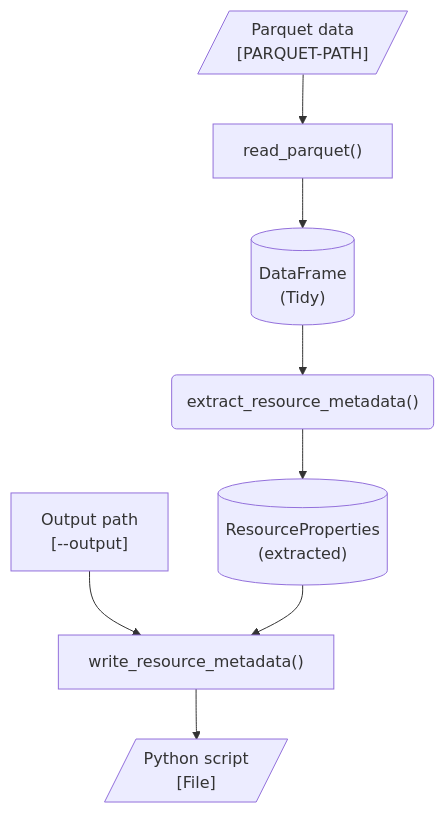
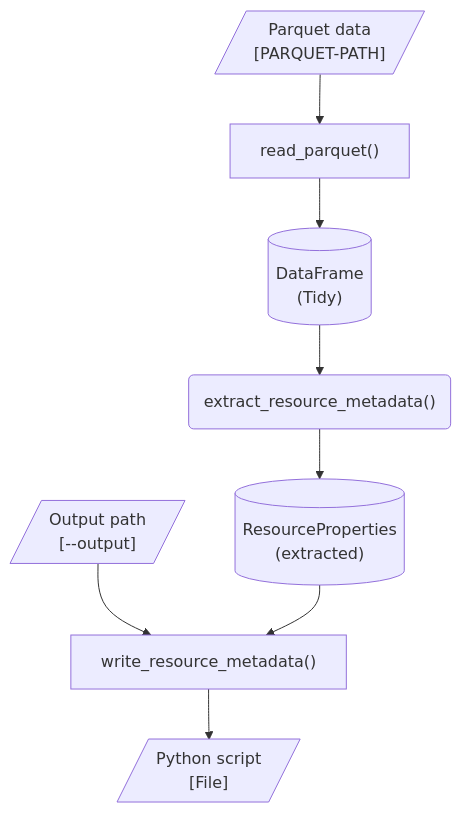
One commit to seedcase-project/seedcase-sprout changed the first of 2 diagrams in docs/design/interface/python.qmd. Above: the diagram before and after it, drawn with Mermaid. The commit also changed other lines of this file and 2 other files, not shown here.

````diff
--- a/docs/design/interface/python.qmd
+++ b/docs/design/interface/python.qmd
@@ -20,26 +20,26 @@
 ```{mermaid}
 %%| label: fig-flow-extract-resource-metadata
 %%| fig-cap: >-
 %%|   Diagram showing the flow of objects and functions to extract a resource's
 %%|   metadata from data.
 %%| fig-alt: >-
 %%|   A flow diagram showing the steps to extract resource metadata from a
 %%|   Parquet file.
 
 flowchart
     parquet[/"Parquet data<br>[PARQUET-PATH]"/]
     read_parquet["read_parquet()"]
-    output_opt["Output path<br>[--output]"]
+    output_opt[/"Output path<br>[--output]"/]
     output[/"Python script<br>[File]"/]
     data[("DataFrame<br>(Tidy)")]
     extract_resource_metadata("extract_resource_metadata()")
     metadata[("ResourceProperties<br>(extracted)")]
 
     parquet --> read_parquet
     read_parquet --> data
     data --> extract_resource_metadata
     extract_resource_metadata --> metadata
     output_opt --> write_metadata["write_resource_metadata()"]
     metadata --> write_metadata
     write_metadata --> output
 ```
````
